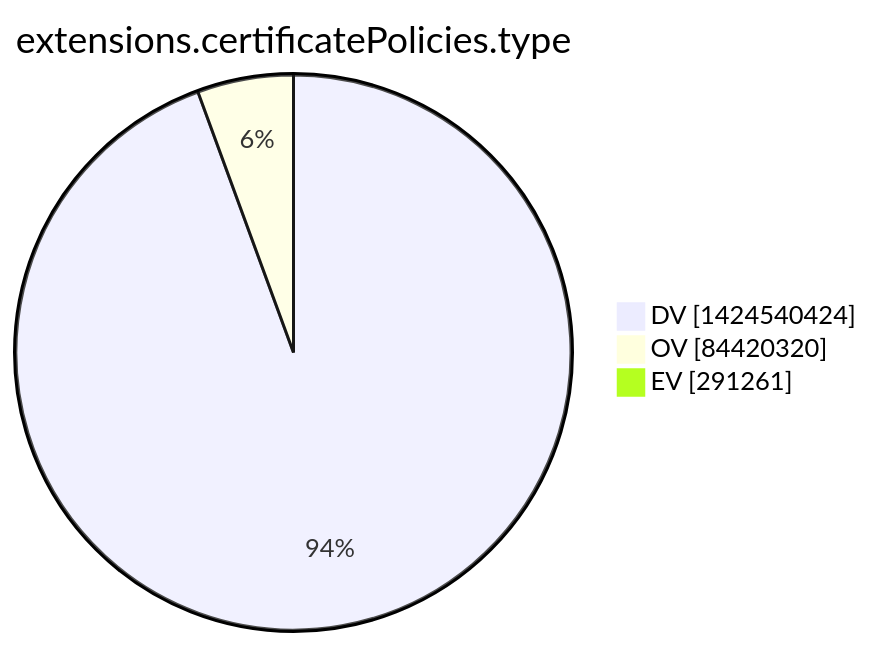
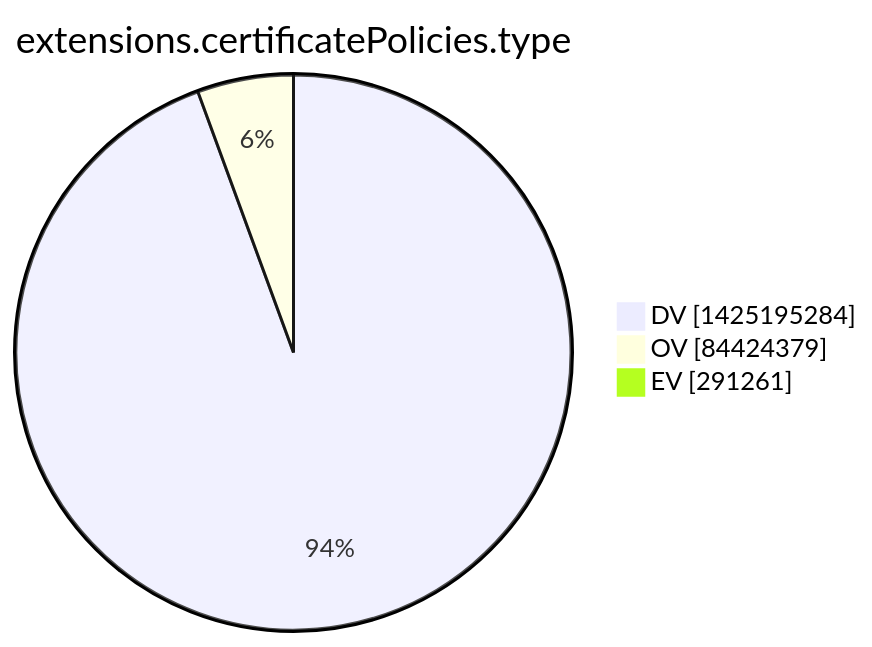
One commit to christiankrug/ctmonitor_visualization changed the tenth of 15 diagrams in argon2022/README.md. Above: the diagram before and after it, drawn with Mermaid. The commit also changed other lines of this file, not shown here.

````diff
--- a/argon2022/README.md
+++ b/argon2022/README.md
@@ -2773,7 +2773,7 @@
 ```mermaid
 pie showData
 title extensions.certificatePolicies.type
-"DV" :1424540424
-"OV" :84420320
+"DV" :1425195284
+"OV" :84424379
 "EV" :291261
 ```
````
